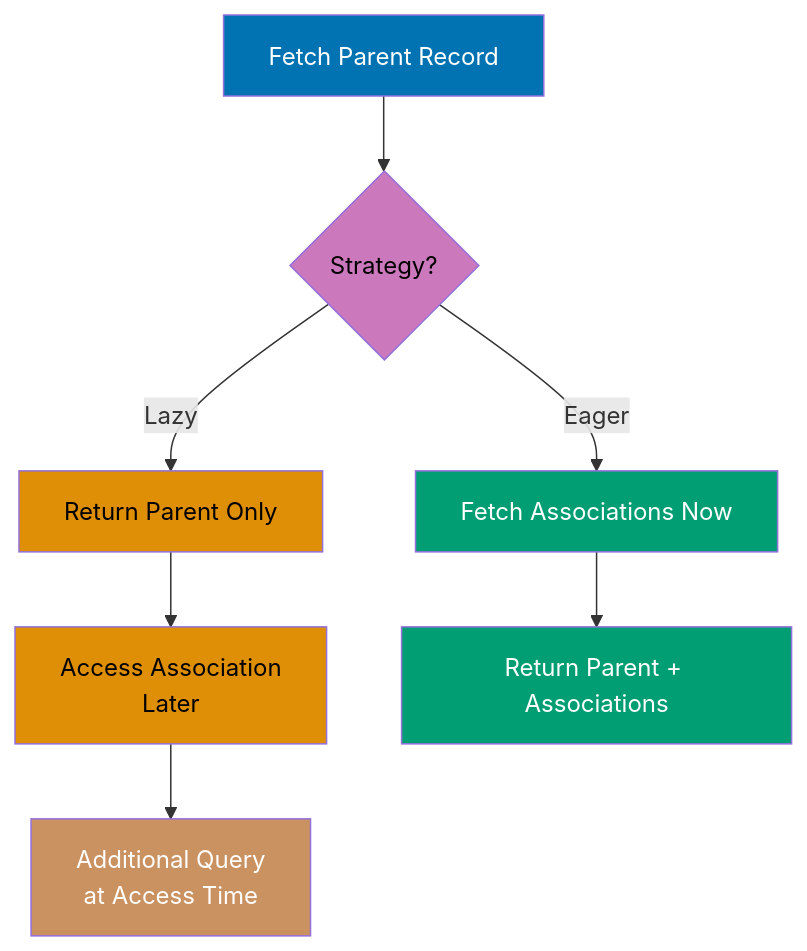
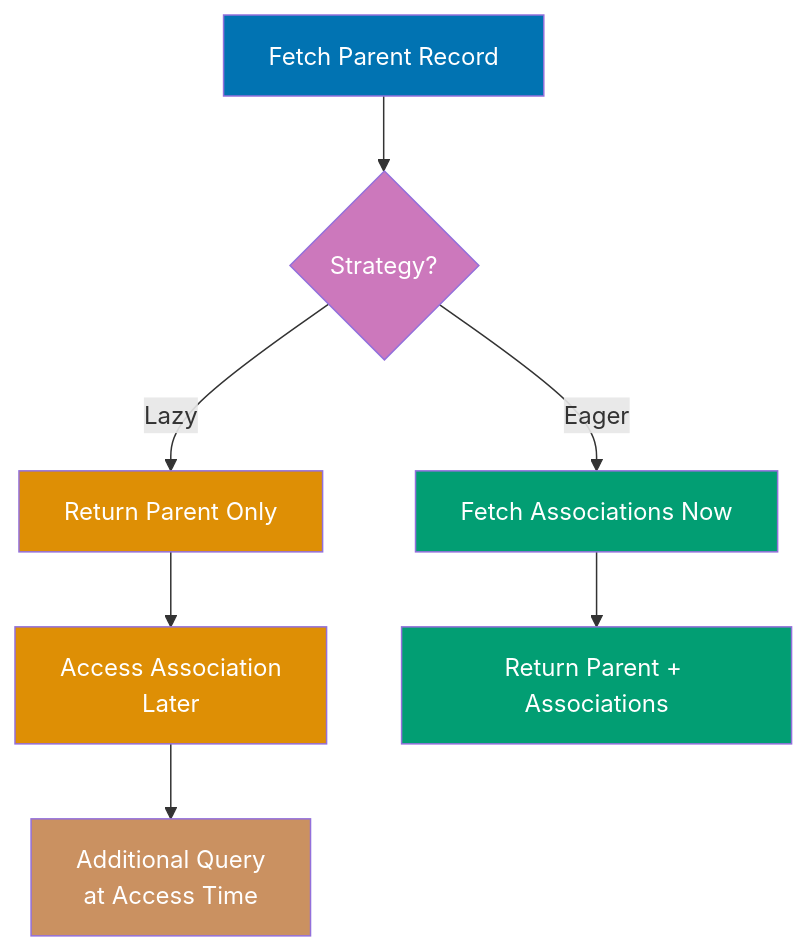
One commit to wahidyankf/open-sharia-enterprise changed the seventh of 12 diagrams in apps/ayokoding-web/content/en/learn/software-engineering/data/tools/elixir-ecto/by-example/advanced.md. Above: the diagram before and after it, drawn with Mermaid. The commit also changed other lines of this file and 61 other files, not shown here.

First line of the commit message:
fix(ayokoding-web): quote Mermaid node labels with special characters in Example 63

````diff
--- a/apps/ayokoding-web/content/en/learn/software-engineering/data/tools/elixir-ecto/by-example/advanced.md
+++ b/apps/ayokoding-web/content/en/learn/software-engineering/data/tools/elixir-ecto/by-example/advanced.md
@@ -782,19 +782,19 @@
 ```mermaid
 %% Color Palette: Blue #0173B2, Orange #DE8F05, Teal #029E73, Purple #CC78BC, Brown #CA9161
 %%  Loading Strategy Timing
 graph TD
     A[Fetch Parent Record] --> B{Strategy?}
     B -->|Lazy| C[Return Parent Only]
     B -->|Eager| D[Fetch Associations Now]
     C --> E[Access Association<br/>Later]
     E --> F[Additional Query<br/>at Access Time]
     D --> G[Return Parent + Associations]
 
     style A fill:#0173B2,color:#fff
-    style B fill:#CC78BC,color:#000
-    style C fill:#DE8F05,color:#000
+    style B fill:#CC78BC,color:#fff
+    style C fill:#DE8F05,color:#fff
     style D fill:#029E73,color:#fff
-    style E fill:#DE8F05,color:#000
+    style E fill:#DE8F05,color:#fff
     style F fill:#CA9161,color:#fff
     style G fill:#029E73,color:#fff
 ```
````
